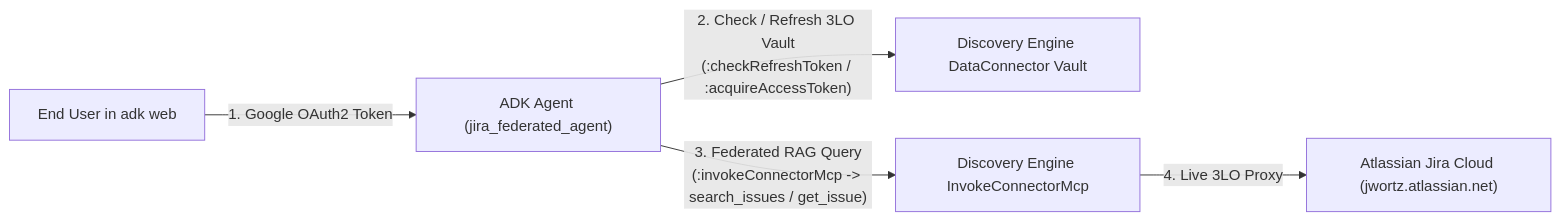
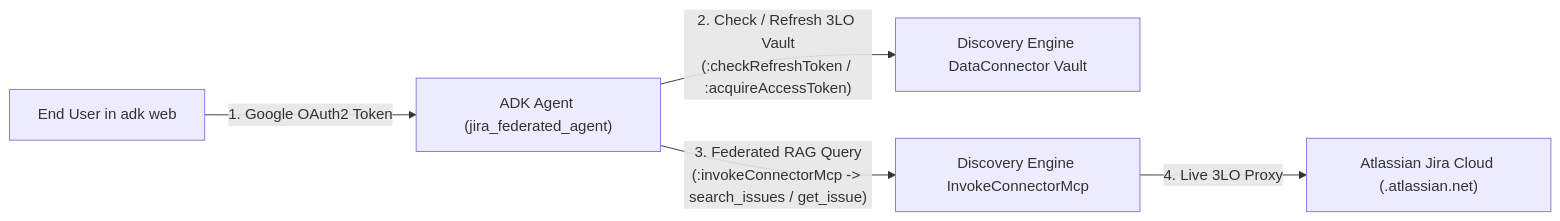
The diagram in README.md (jswortz/gemini-jira-federated), drawn with Mermaid before and after one commit. The commit also changed other lines of this file and 1 other file, not shown here.

````diff
--- a/README.md
+++ b/README.md
@@ -22,7 +22,7 @@
 ```mermaid
 flowchart LR
     User["End User in adk web"] -->|"1. Google OAuth2 Token"| Agent["ADK Agent (jira_federated_agent)"]
     Agent -->|"2. Check / Refresh 3LO Vault\n(:checkRefreshToken / :acquireAccessToken)"| Vault["Discovery Engine DataConnector Vault"]
     Agent -->|"3. Federated RAG Query\n(:invokeConnectorMcp -> search_issues / get_issue)"| DE["Discovery Engine InvokeConnectorMcp"]
-    DE -->|"4. Live 3LO Proxy"| Jira["Atlassian Jira Cloud (jwortz.atlassian.net)"]
+    DE -->|"4. Live 3LO Proxy"| Jira["Atlassian Jira Cloud (<tenant>.atlassian.net)"]
 ```
````
